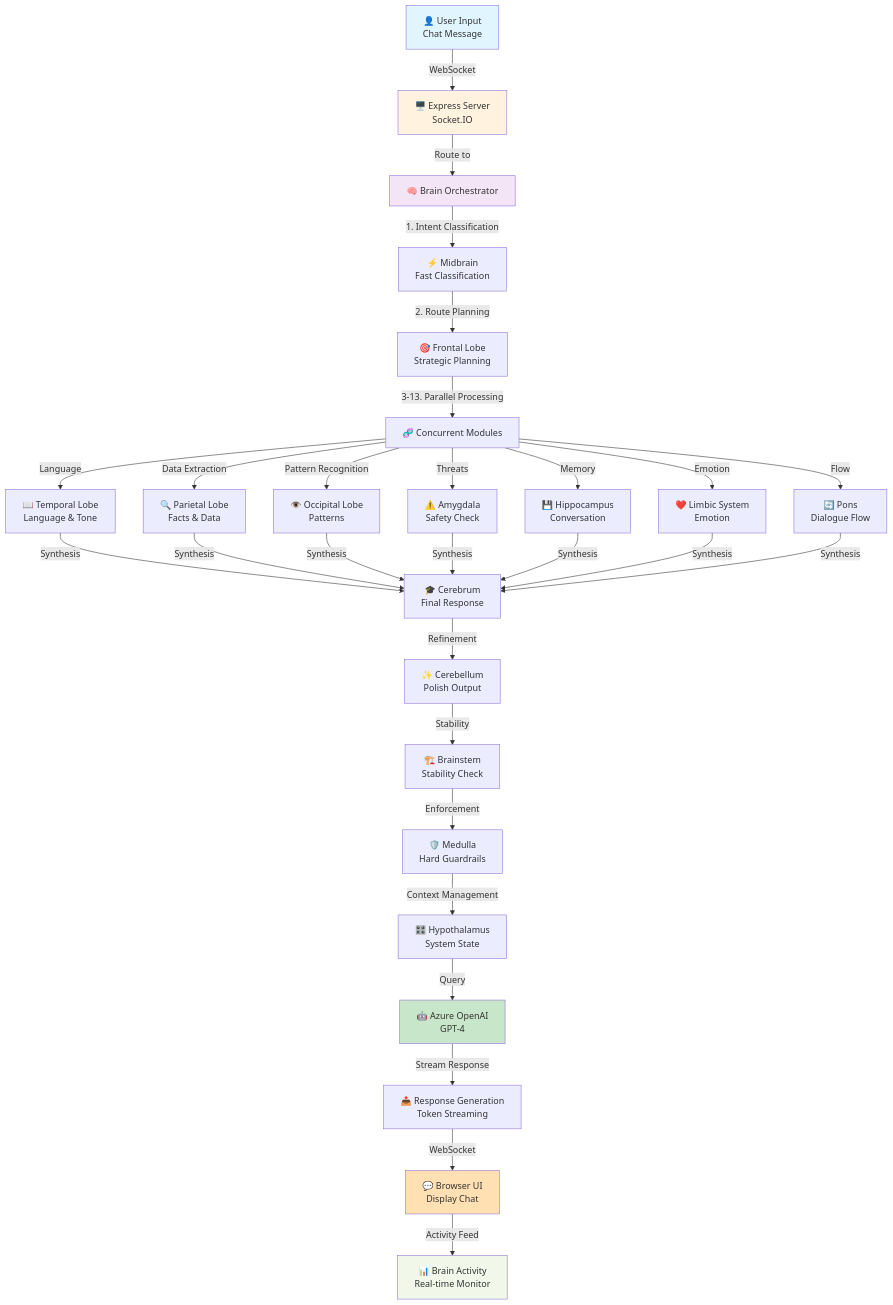
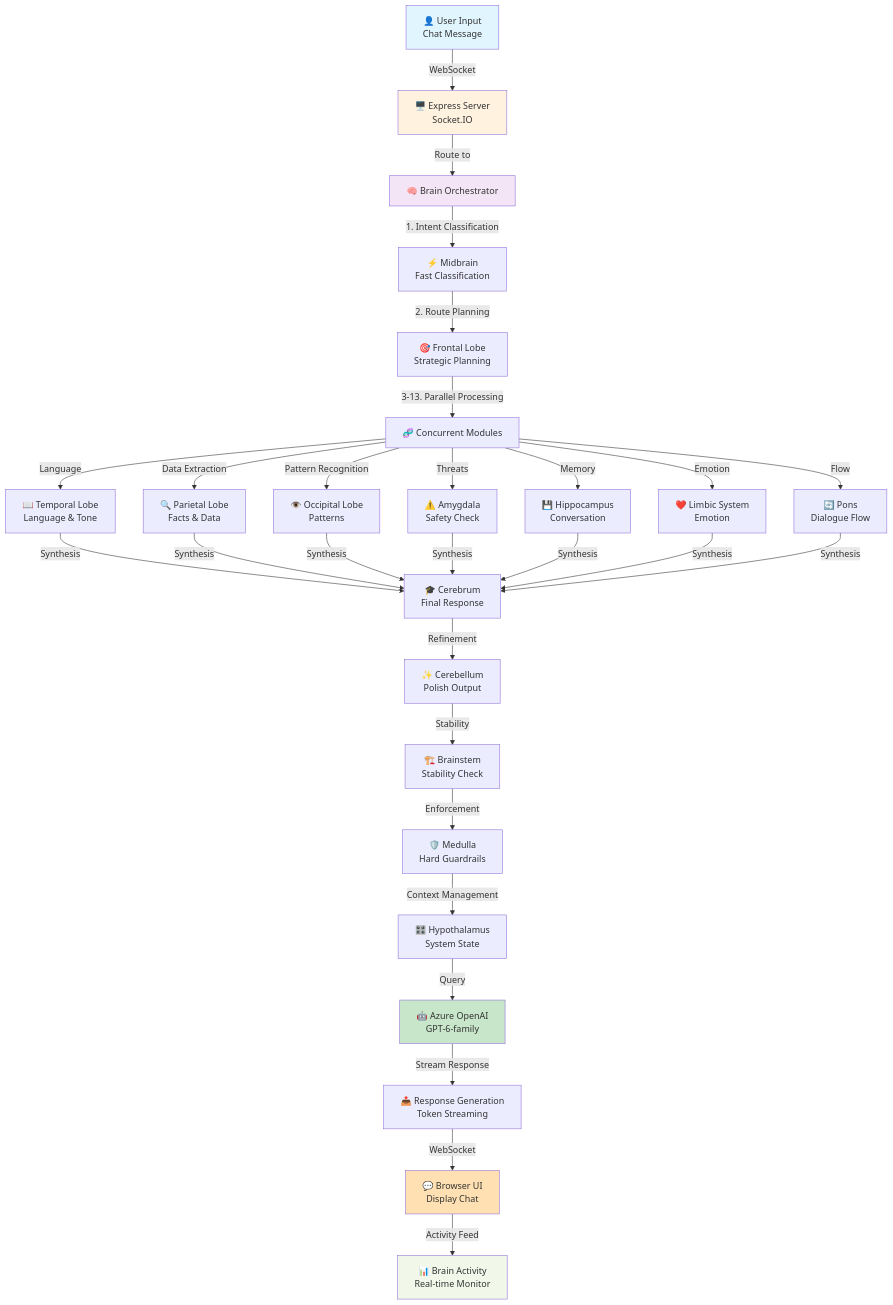
The diagram in README.md (DanielBrownAG/SynapseBrain), drawn with Mermaid before and after one commit. The commit also changed other lines of this file and 14 other files, not shown here.

````diff
--- a/README.md
+++ b/README.md
@@ -41,36 +41,36 @@
 ```mermaid
 graph TD
     A["👤 User Input<br/>Chat Message"] -->|WebSocket| B["🖥️ Express Server<br/>Socket.IO"]
     B -->|Route to| C["🧠 Brain Orchestrator"]
     
     C -->|1. Intent Classification| D["⚡ Midbrain<br/>Fast Classification"]
     D -->|2. Route Planning| E["🎯 Frontal Lobe<br/>Strategic Planning"]
     E -->|3-13. Parallel Processing| F["🧬 Concurrent Modules"]
     
     F -->|Language| G1["📖 Temporal Lobe<br/>Language & Tone"]
     F -->|Data Extraction| G2["🔍 Parietal Lobe<br/>Facts & Data"]
     F -->|Pattern Recognition| G3["👁️ Occipital Lobe<br/>Patterns"]
     F -->|Threats| G4["⚠️ Amygdala<br/>Safety Check"]
     F -->|Memory| G5["💾 Hippocampus<br/>Conversation"]
     F -->|Emotion| G6["❤️ Limbic System<br/>Emotion"]
     F -->|Flow| G7["🔄 Pons<br/>Dialogue Flow"]
     
     G1 & G2 & G3 & G4 & G5 & G6 & G7 -->|Synthesis| H["🎓 Cerebrum<br/>Final Response"]
     H -->|Refinement| I["✨ Cerebellum<br/>Polish Output"]
     I -->|Stability| J["🏗️ Brainstem<br/>Stability Check"]
     J -->|Enforcement| K["🛡️ Medulla<br/>Hard Guardrails"]
     K -->|Context Management| L["🎛️ Hypothalamus<br/>System State"]
     
-    L -->|Query| M["🤖 Azure OpenAI<br/>GPT-4"]
+    L -->|Query| M["🤖 Azure OpenAI<br/>GPT-6-family"]
     M -->|Stream Response| N["📤 Response Generation<br/>Token Streaming"]
     
     N -->|WebSocket| O["💬 Browser UI<br/>Display Chat"]
     O -->|Activity Feed| P["📊 Brain Activity<br/>Real-time Monitor"]
     
     style A fill:#e1f5ff
     style B fill:#fff3e0
     style C fill:#f3e5f5
     style M fill:#c8e6c9
     style O fill:#ffe0b2
     style P fill:#f1f8e9
 ```
````
